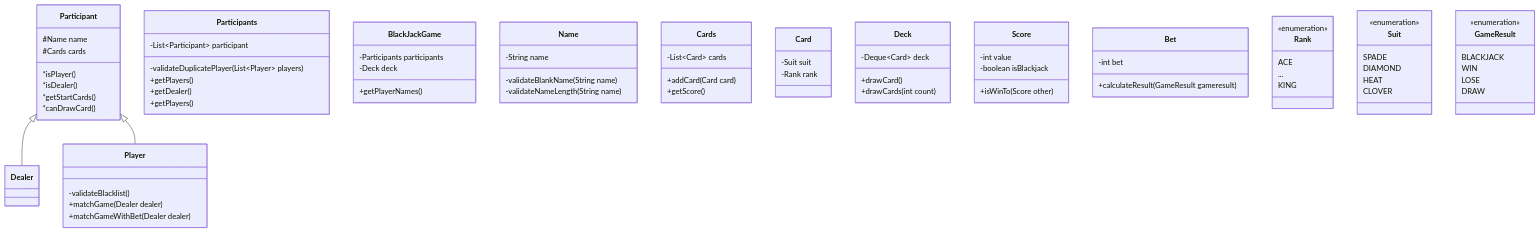
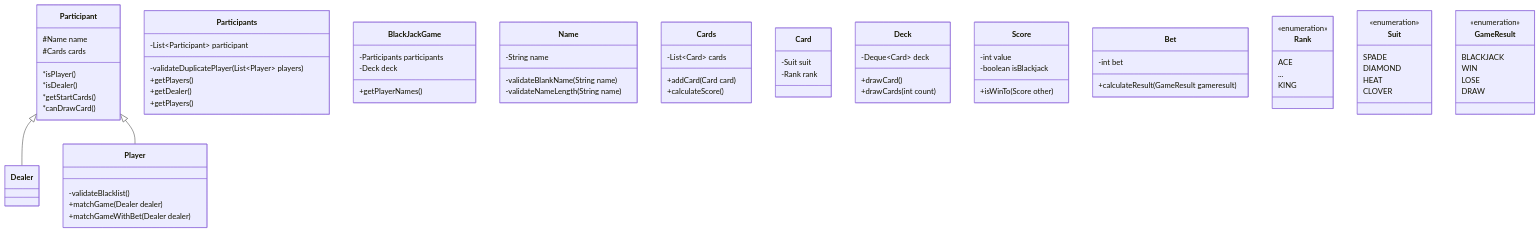
One commit to woowacourse/java-blackjack changed the diagram in README.md. Above: the diagram before and after it, drawn with Mermaid. The commit also changed 6 other files, not shown here.

````diff
--- a/README.md
+++ b/README.md
@@ -9,81 +9,81 @@
 ```mermaid
 classDiagram
     Participant <|-- Dealer
     Participant <|-- Player
     class Participant {
         #Name name
         #Cards cards
         *isPlayer()
         *isDealer()
         *getStartCards()
         *canDrawCard()
     }
     class Dealer {
         
     }
     class Player {
         -validateBlacklist()
         +matchGame(Dealer dealer)
         +matchGameWithBet(Dealer dealer)
     }
     class Participants {
         -List~Participant~ participant
         -validateDuplicatePlayer(List~Player~ players)
         +getPlayers()
         +getDealer()
         +getPlayers()
     }
     class BlackJackGame {
         -Participants participants
         -Deck deck
         +getPlayerNames()
     }
     class Name {
         -String name
         -validateBlankName(String name)
         -validateNameLength(String name)
     }
     class Cards {
         -List~Card~ cards
         +addCard(Card card)
-        +getScore()
+        +calculateScore()
     }
     class Card {
         -Suit suit
         -Rank rank
     }
     class Deck {
         -Deque~Card~ deck
         +drawCard()
         +drawCards(int count)
     }
     class Score {
         -int value
         -boolean isBlackjack
         +isWinTo(Score other)
     }
     class Bet {
         -int bet
         +calculateResult(GameResult gameresult)
     }
     class Rank {
         <<enumeration>>
         ACE
         ...
         KING
     }
     class Suit {
         <<enumeration>>
         SPADE
         DIAMOND
         HEAT
         CLOVER
     }
     class GameResult {
         <<enumeration>>
         BLACKJACK
         WIN
         LOSE
         DRAW
     }
 ```
````
